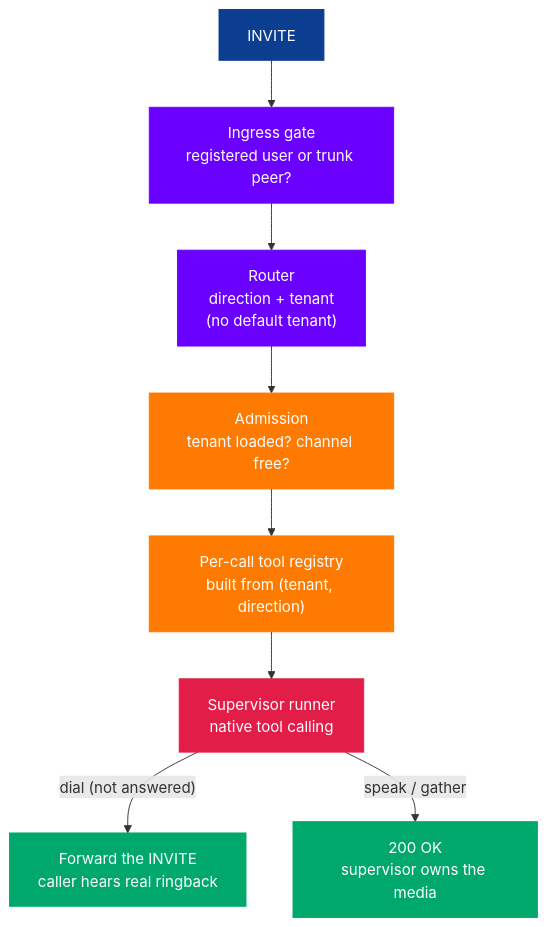
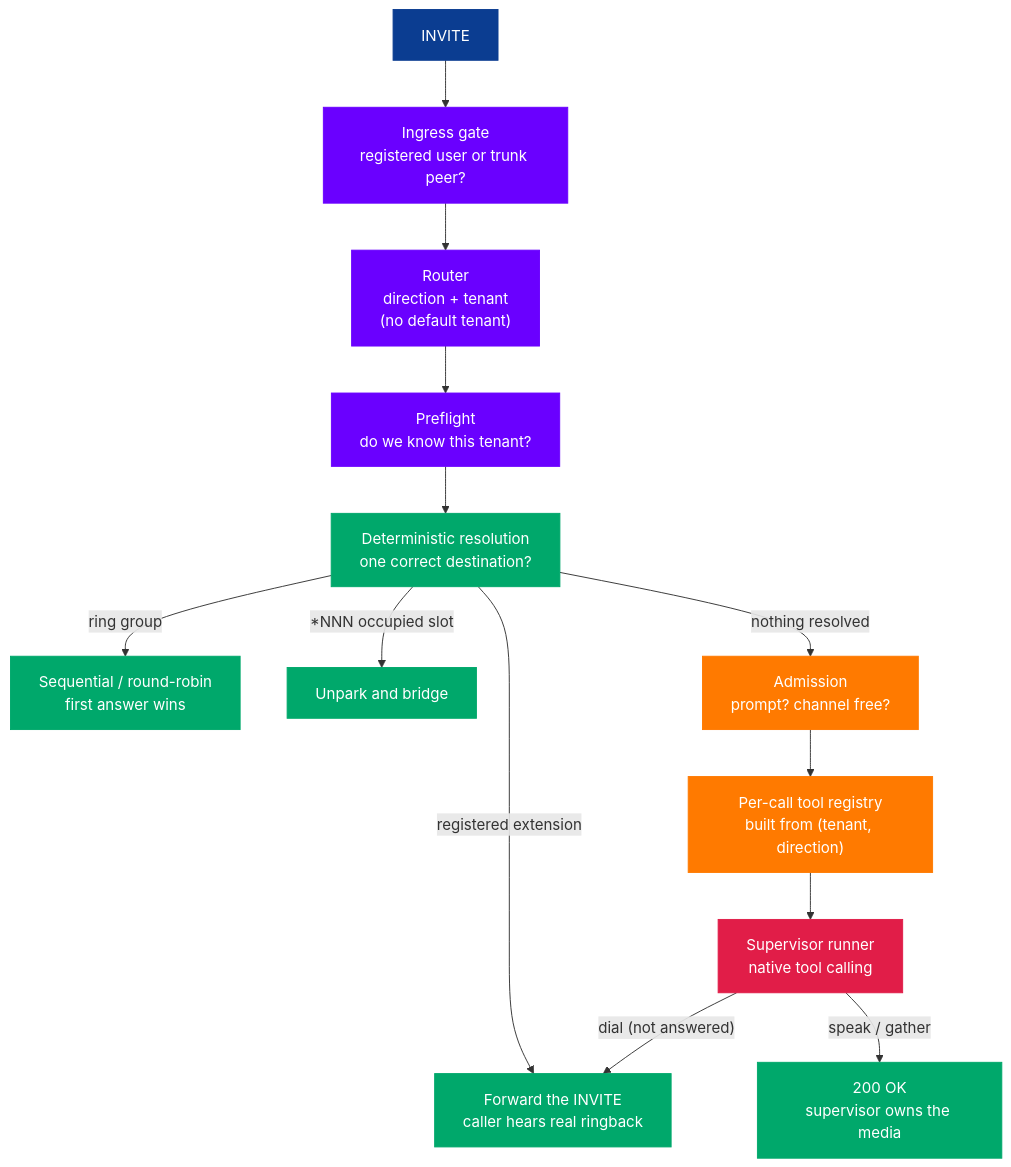
The second of 3 diagrams in README.md (sebacius/switchboard), drawn with Mermaid before and after one commit. The commit also changed other lines of this file and 96 other files, not shown here.

First line of the commit message:
Deterministic call resolution in front of the LLM supervisor (#37)

````diff
--- a/README.md
+++ b/README.md
@@ -138,19 +138,28 @@
 ```mermaid
 flowchart TB
     Call["INVITE"] --> Ingress["Ingress gate<br/>registered user or trunk peer?"]
     Ingress --> Router["Router<br/>direction + tenant<br/>(no default tenant)"]
-    Router --> Admission["Admission<br/>tenant loaded? channel free?"]
+    Router --> Preflight["Preflight<br/>do we know this tenant?"]
+    Preflight --> Resolve["Deterministic resolution<br/>one correct destination?"]
+    Resolve -->|"registered extension"| Forward["Forward the INVITE<br/>caller hears real ringback"]
+    Resolve -->|"ring group"| Group["Sequential / round-robin<br/>first answer wins"]
+    Resolve -->|"*NNN occupied slot"| Pickup["Unpark and bridge"]
+    Resolve -->|"nothing resolved"| Admission["Admission<br/>prompt? channel free?"]
     Admission --> Registry["Per-call tool registry<br/>built from (tenant, direction)"]
     Registry --> Supervisor["Supervisor runner<br/>native tool calling"]
-    Supervisor -->|"dial (not answered)"| Forward["Forward the INVITE<br/>caller hears real ringback"]
+    Supervisor -->|"dial (not answered)"| Forward
     Supervisor -->|"speak / gather"| Answer["200 OK<br/>supervisor owns the media"]
 
     style Call fill:#0b3d91,stroke:#0b3d91,color:#fff
     style Ingress fill:#6a00ff,stroke:#6a00ff,color:#fff
     style Router fill:#6a00ff,stroke:#6a00ff,color:#fff
+    style Preflight fill:#6a00ff,stroke:#6a00ff,color:#fff
+    style Resolve fill:#00a86b,stroke:#00a86b,color:#fff
+    style Group fill:#00a86b,stroke:#00a86b,color:#fff
+    style Pickup fill:#00a86b,stroke:#00a86b,color:#fff
     style Admission fill:#ff7a00,stroke:#ff7a00,color:#fff
     style Registry fill:#ff7a00,stroke:#ff7a00,color:#fff
     style Supervisor fill:#e11d48,stroke:#e11d48,color:#fff
     style Forward fill:#00a86b,stroke:#00a86b,color:#fff
     style Answer fill:#00a86b,stroke:#00a86b,color:#fff
 ```
````
